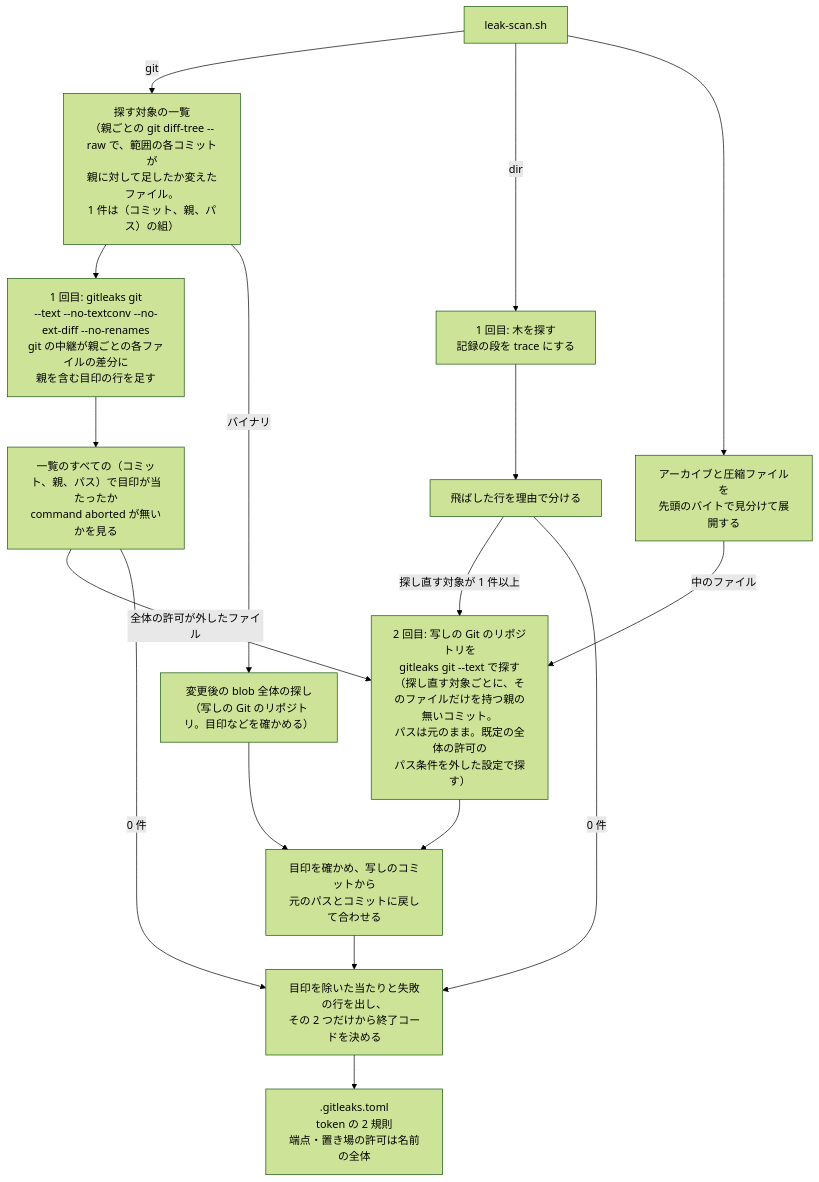
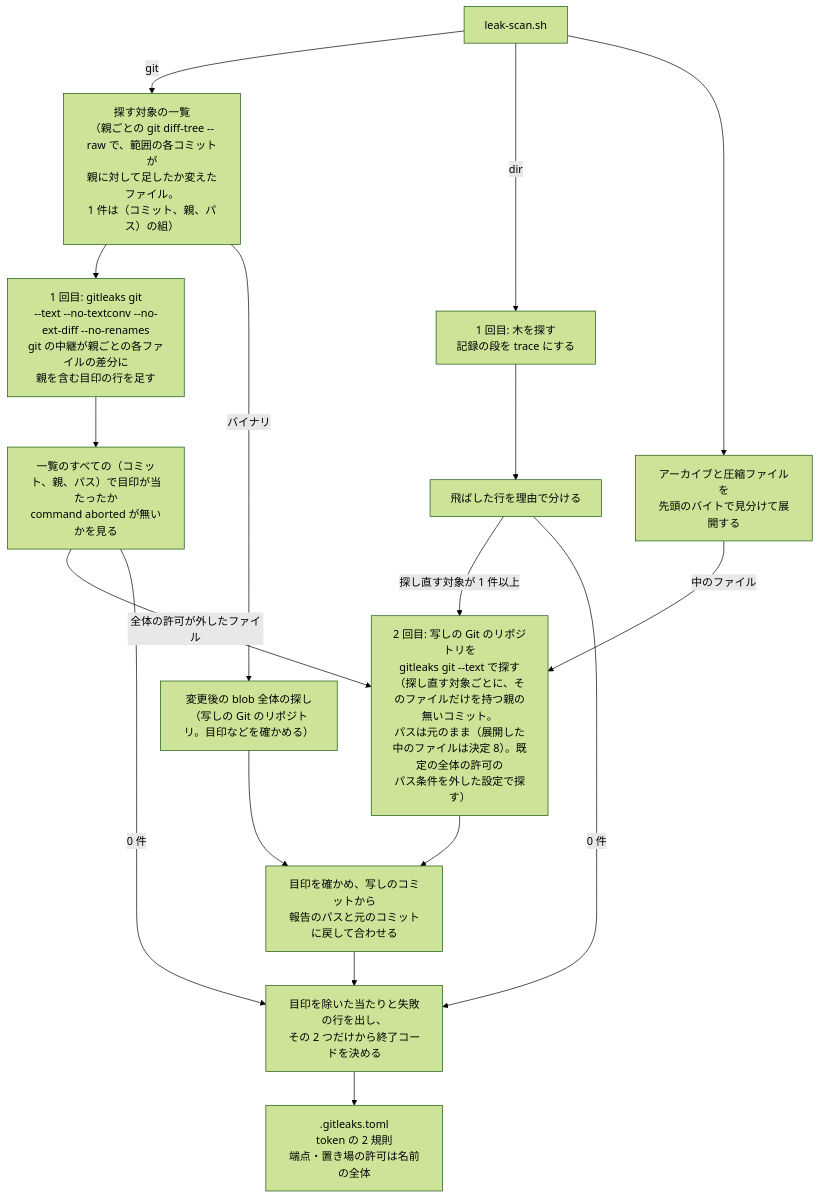
Before and after one commit to devbasex/nd-factory: the second of 3 diagrams in issues/issue-98-design.md, drawn with Mermaid (forest theme). The commit also changed other lines of this file and 1 other file, not shown here.

````diff
--- a/issues/issue-98-design.md
+++ b/issues/issue-98-design.md
@@ -70,19 +70,19 @@
 ```mermaid
 flowchart TD
     scan["leak-scan.sh"] -->|git| list["探す対象の一覧<br/>（親ごとの git diff-tree --raw で、範囲の各コミットが<br/>親に対して足したか変えたファイル。<br/>1 件は（コミット、親、パス）の組）"]
     list --> ggit["1 回目: gitleaks git<br/>--text --no-textconv --no-ext-diff --no-renames<br/>git の中継が親ごとの各ファイルの差分に<br/>親を含む目印の行を足す"]
     ggit --> gchk["一覧のすべての（コミット、親、パス）で目印が当たったか<br/>command aborted が無いかを見る"]
     scan -->|dir| p1["1 回目: 木を探す<br/>記録の段を trace にする"]
     p1 --> pick["飛ばした行を理由で分ける"]
     scan --> arc["アーカイブと圧縮ファイルを<br/>先頭のバイトで見分けて展開する"]
     arc -->|中のファイル| p2
     gchk -->|全体の許可が外したファイル| p2
     list -->|バイナリ| blob["変更後の blob 全体の探し<br/>（写しの Git のリポジトリ。目印などを確かめる）"]
     blob --> merge
-    pick -->|探し直す対象が 1 件以上| p2["2 回目: 写しの Git のリポジトリを<br/>gitleaks git --text で探す<br/>（探し直す対象ごとに、そのファイルだけを持つ親の無いコミット。<br/>パスは元のまま。既定の全体の許可の<br/>パス条件を外した設定で探す）"]
-    p2 --> merge["目印を確かめ、写しのコミットから<br/>元のパスとコミットに戻して合わせる"]
+    pick -->|探し直す対象が 1 件以上| p2["2 回目: 写しの Git のリポジトリを<br/>gitleaks git --text で探す<br/>（探し直す対象ごとに、そのファイルだけを持つ親の無いコミット。<br/>パスは元のまま（展開した中のファイルは決定 8）。既定の全体の許可の<br/>パス条件を外した設定で探す）"]
+    p2 --> merge["目印を確かめ、写しのコミットから<br/>報告のパスと元のコミットに戻して合わせる"]
     pick -->|0 件| out["目印を除いた当たりと失敗の行を出し、<br/>その 2 つだけから終了コードを決める"]
     gchk -->|0 件| out
     merge --> out
     out --> rules[".gitleaks.toml<br/>token の 2 規則<br/>端点・置き場の許可は名前の全体"]
 ```
````
